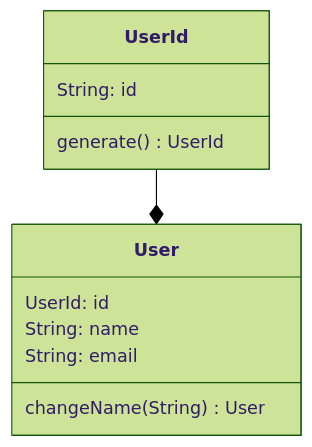
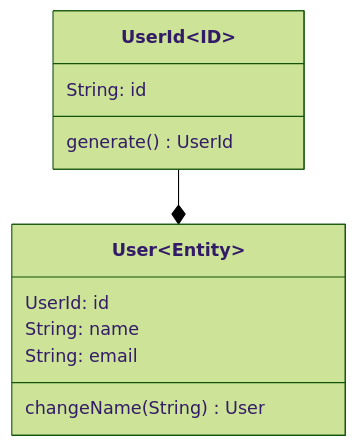
One commit to hitohata/WhereWereWe changed the first of 2 diagrams in docs/project/docs/models/models.md. Above: the diagram before and after it, drawn with Mermaid (forest theme). The commit also changed other lines of this file, not shown here.

Commit message:
feat: updated diagram

````diff
--- a/docs/project/docs/models/models.md
+++ b/docs/project/docs/models/models.md
@@ -5,16 +5,16 @@
 ```mermaid
 classDiagram
-    class UserId {
+    class UserId~ID~ {
         String: id 
         generate() UserId
     }
     
-    class User { 
+    class User~Entity~ { 
         UserId: id
         String: name
         String: email
         changeName(String) User
     }
     
     UserId --* User
 ```
````
